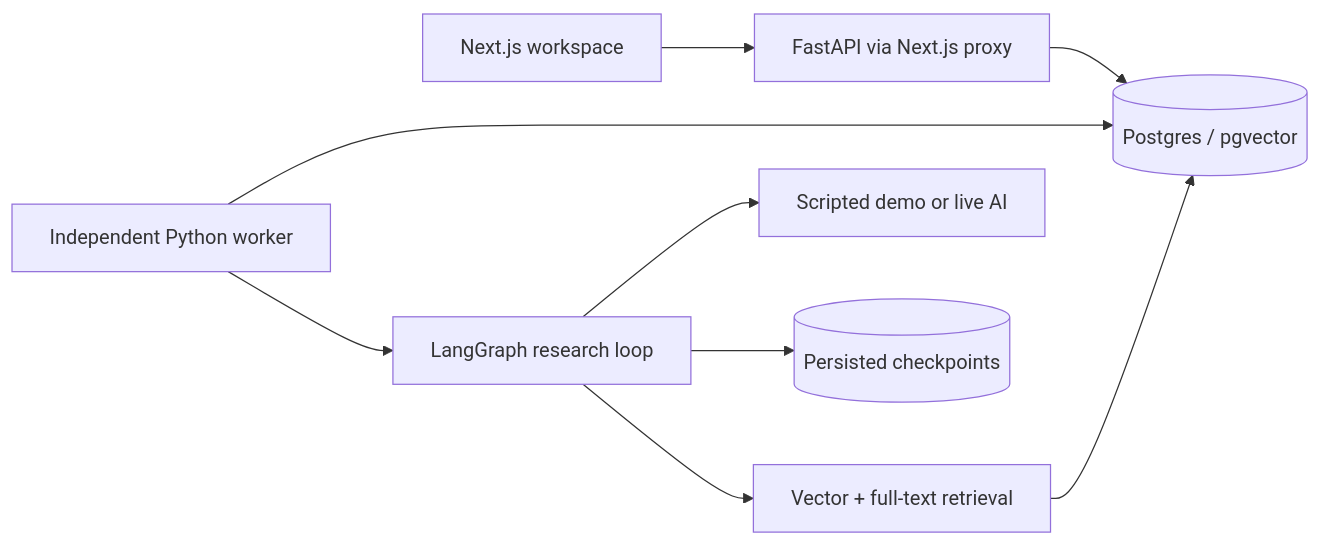
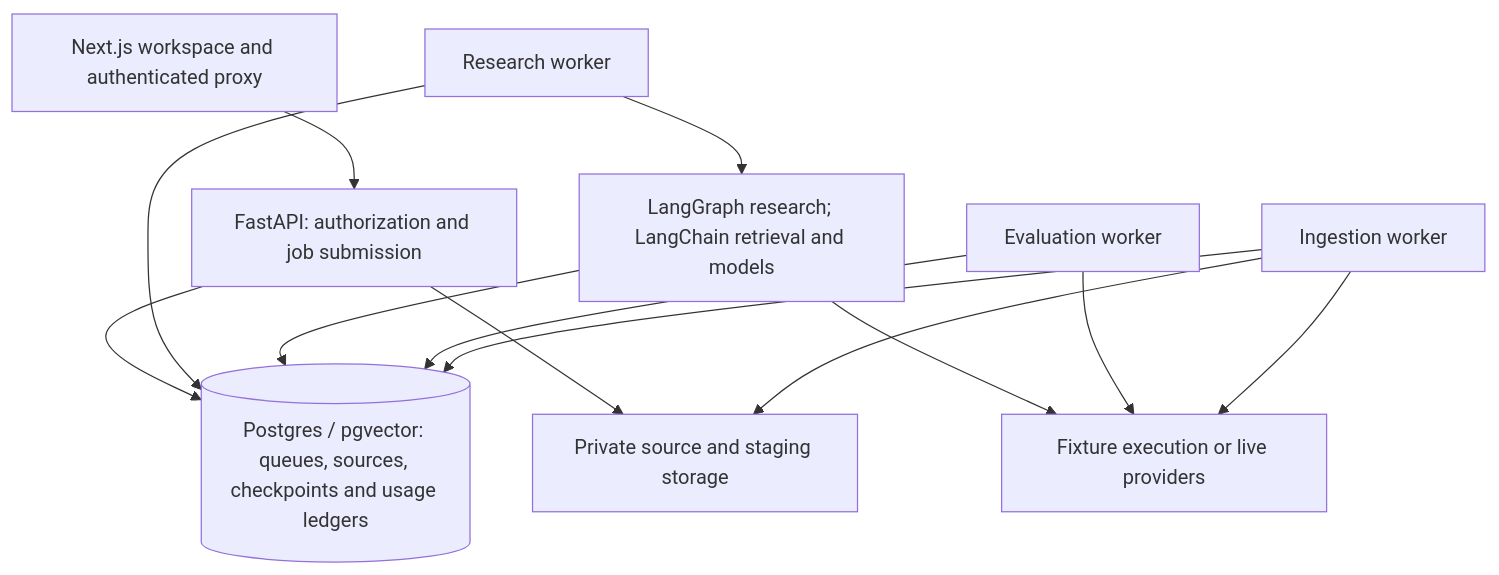
The diagram in docs/diagrams/architecture.mmd (no-complect/evidence-workbench), drawn with Mermaid before and after one commit. The commit also changed 5 other files, not shown here.

Commit message:
Refresh verification evidence and three-worker architecture documentation

```diff
--- a/docs/diagrams/architecture.mmd
+++ b/docs/diagrams/architecture.mmd
@@ -1,9 +1,22 @@
-flowchart LR
-    UI["Next.js workspace"] --> API["FastAPI via Next.js proxy"]
-    API --> DB[("Postgres / pgvector")]
-    Worker["Independent Python worker"] --> DB
-    Worker --> Graph["LangGraph research loop"]
-    Graph --> Search["Vector + full-text retrieval"]
-    Search --> DB
-    Graph --> Model["Scripted demo or live AI"]
-    Graph --> Checkpoints[("Persisted checkpoints")]
+flowchart TB
+    UI["Next.js workspace and authenticated proxy"]
+    API["FastAPI: authorization and job submission"]
+    DB[("Postgres / pgvector: queues, sources, checkpoints and usage ledgers")]
+    Storage["Private source and staging storage"]
+    Research["Research worker"]
+    Evaluation["Evaluation worker"]
+    Ingestion["Ingestion worker"]
+    Graph["LangGraph research; LangChain retrieval and models"]
+    Model["Fixture execution or live providers"]
+    UI --> API
+    API --> DB
+    API --> Storage
+    Research --> DB
+    Research --> Graph
+    Graph --> DB
+    Graph --> Model
+    Evaluation --> DB
+    Evaluation --> Model
+    Ingestion --> DB
+    Ingestion --> Storage
+    Ingestion --> Model
```
